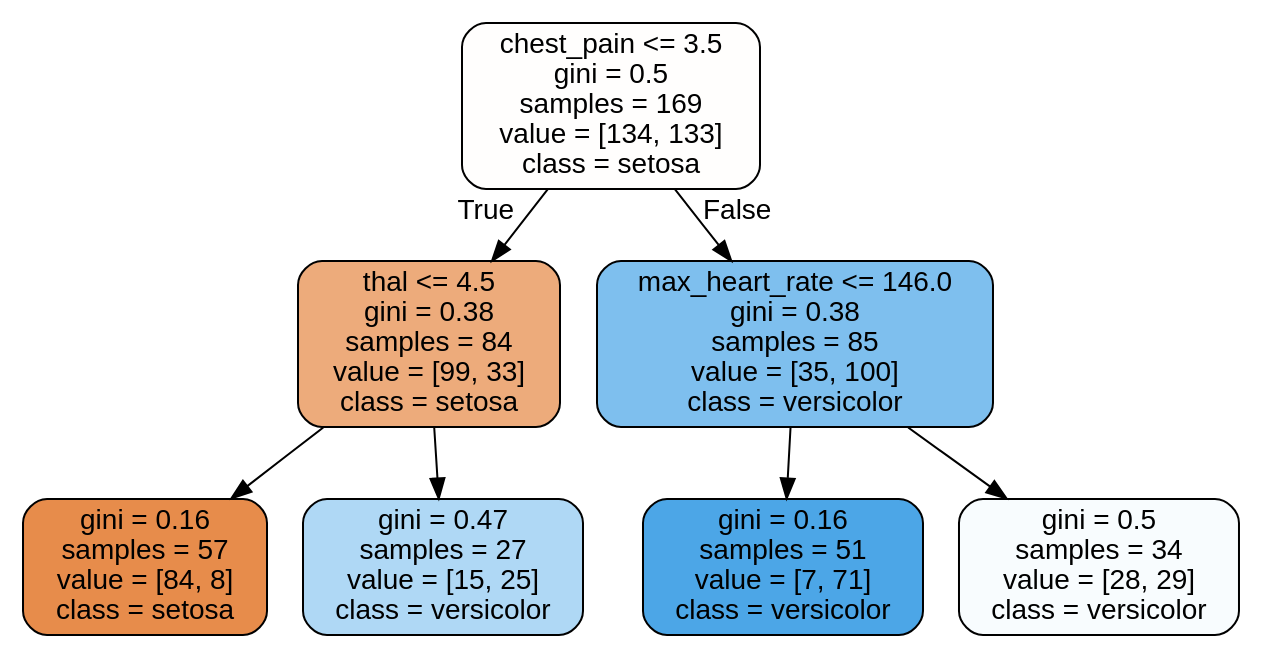
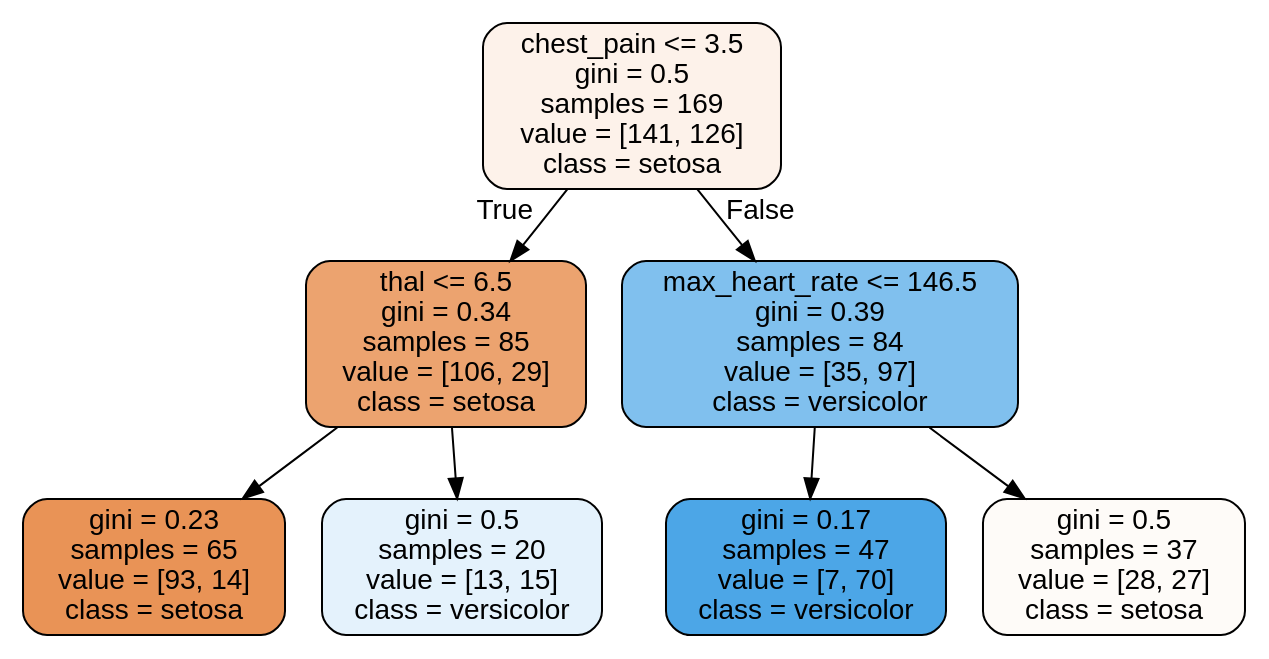
Before and after one commit to LoomisLoud/explain-ml: the diagram in notebooks/tree.dot, drawn with Graphviz. The commit also changed 2 other files, not shown here.

```diff
--- a/notebooks/tree.dot
+++ b/notebooks/tree.dot
@@ -1,17 +1,17 @@
 digraph Tree {
 node [shape=box, style="filled, rounded", color="black", fontname=helvetica] ;
 edge [fontname=helvetica] ;
-0 [label="chest_pain <= 3.5\ngini = 0.5\nsamples = 169\nvalue = [134, 133]\nclass = setosa", fillcolor="#e5813902"] ;
-1 [label="thal <= 4.5\ngini = 0.38\nsamples = 84\nvalue = [99, 33]\nclass = setosa", fillcolor="#e58139aa"] ;
+0 [label="chest_pain <= 3.5\ngini = 0.5\nsamples = 169\nvalue = [141, 126]\nclass = setosa", fillcolor="#e581391b"] ;
+1 [label="thal <= 6.5\ngini = 0.34\nsamples = 85\nvalue = [106, 29]\nclass = setosa", fillcolor="#e58139b9"] ;
 0 -> 1 [labeldistance=2.5, labelangle=45, headlabel="True"] ;
-2 [label="gini = 0.16\nsamples = 57\nvalue = [84, 8]\nclass = setosa", fillcolor="#e58139e7"] ;
+2 [label="gini = 0.23\nsamples = 65\nvalue = [93, 14]\nclass = setosa", fillcolor="#e58139d9"] ;
 1 -> 2 ;
-3 [label="gini = 0.47\nsamples = 27\nvalue = [15, 25]\nclass = versicolor", fillcolor="#399de566"] ;
+3 [label="gini = 0.5\nsamples = 20\nvalue = [13, 15]\nclass = versicolor", fillcolor="#399de522"] ;
 1 -> 3 ;
-4 [label="max_heart_rate <= 146.0\ngini = 0.38\nsamples = 85\nvalue = [35, 100]\nclass = versicolor", fillcolor="#399de5a6"] ;
+4 [label="max_heart_rate <= 146.5\ngini = 0.39\nsamples = 84\nvalue = [35, 97]\nclass = versicolor", fillcolor="#399de5a3"] ;
 0 -> 4 [labeldistance=2.5, labelangle=-45, headlabel="False"] ;
-5 [label="gini = 0.16\nsamples = 51\nvalue = [7, 71]\nclass = versicolor", fillcolor="#399de5e6"] ;
+5 [label="gini = 0.17\nsamples = 47\nvalue = [7, 70]\nclass = versicolor", fillcolor="#399de5e6"] ;
 4 -> 5 ;
-6 [label="gini = 0.5\nsamples = 34\nvalue = [28, 29]\nclass = versicolor", fillcolor="#399de509"] ;
+6 [label="gini = 0.5\nsamples = 37\nvalue = [28, 27]\nclass = setosa", fillcolor="#e5813909"] ;
 4 -> 6 ;
 }
```
